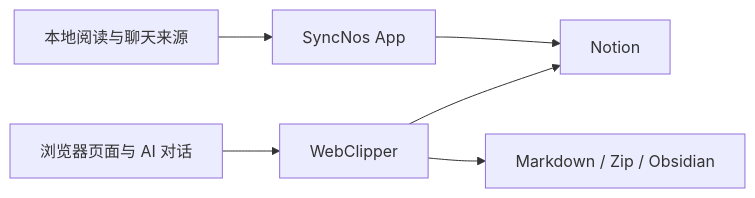
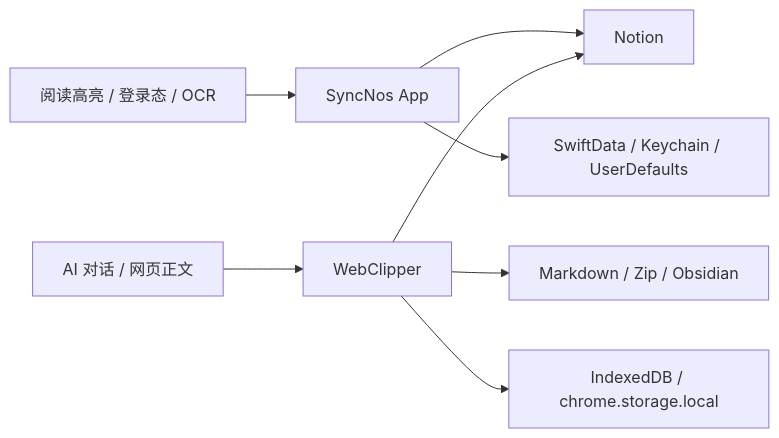
The diagram in .github/deepwiki/overview.md (chiimagnus/SyncNos), drawn with Mermaid before and after one commit. The commit also changed other lines of this file and 16 other files, not shown here.

````diff
--- a/.github/deepwiki/overview.md
+++ b/.github/deepwiki/overview.md
@@ -61,8 +62,10 @@
 ```mermaid
 flowchart LR
-  A[本地阅读与聊天来源] --> B[SyncNos App]
-  C[浏览器页面与 AI 对话] --> D[WebClipper]
+  A[阅读高亮 / 登录态 / OCR] --> B[SyncNos App]
+  C[AI 对话 / 网页正文] --> D[WebClipper]
   B --> E[Notion]
   D --> E
   D --> F[Markdown / Zip / Obsidian]
+  B --> G[SwiftData / Keychain / UserDefaults]
+  D --> H[IndexedDB / chrome.storage.local]
 ```
````
